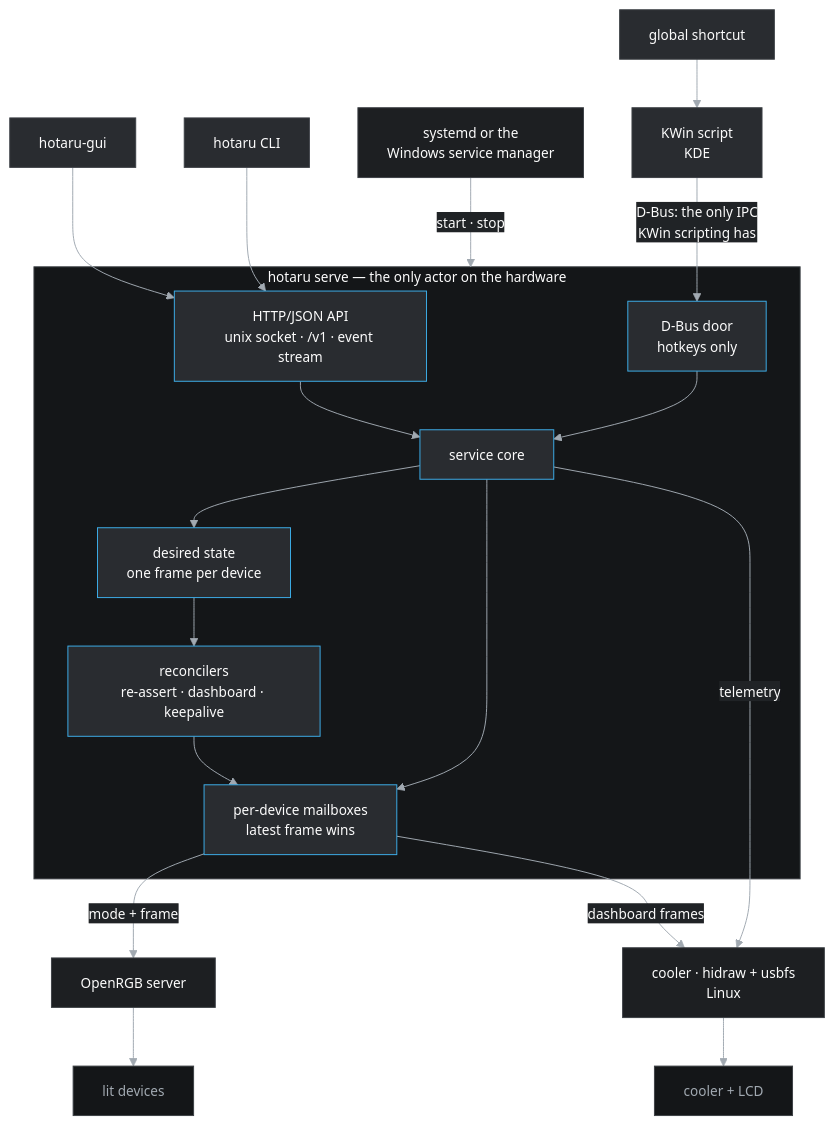
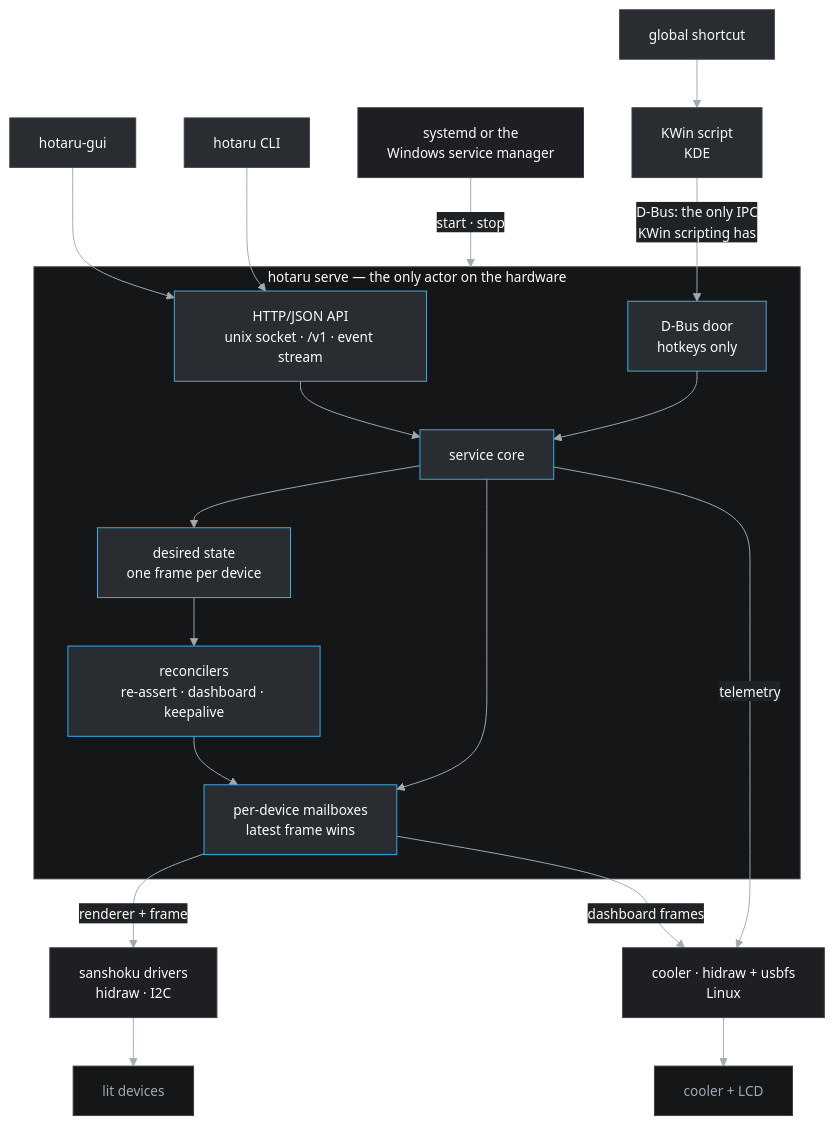
Before and after one commit to ushineko/hotaru: the diagram in README.md, drawn with Mermaid. The commit also changed other lines of this file and 118 other files, not shown here.

````diff
--- a/README.md
+++ b/README.md
@@ -128,43 +127,43 @@
 ```mermaid
 %%{init: {"theme":"base","themeVariables":{
   "background":"#202326",
   "primaryColor":"#292c30","primaryTextColor":"#fcfcfc","primaryBorderColor":"#3c4045",
   "secondaryColor":"#1d1f22","tertiaryColor":"#141618",
   "lineColor":"#a1a9b1","textColor":"#fcfcfc","titleColor":"#fcfcfc",
   "clusterBkg":"#141618","clusterBorder":"#3c4045",
   "edgeLabelBackground":"#202326","nodeTextColor":"#fcfcfc",
   "fontFamily":"Noto Sans, Segoe UI, sans-serif","fontSize":"14px"
 }}}%%
 flowchart TB
     KEY["global shortcut"] --> KWIN["KWin script<br/>KDE"]
     SM["systemd or the<br/>Windows service manager"] -->|"start · stop"| svc
     GUI["hotaru-gui"] --> API
     CLI["hotaru CLI"] --> API
     KWIN -->|"D-Bus: the only IPC<br/>KWin scripting has"| DOOR
 
     subgraph svc["hotaru serve — the only actor on the hardware"]
         API["HTTP/JSON API<br/>unix socket · /v1 · event stream"]
         DOOR["D-Bus door<br/>hotkeys only"]
         CORE["service core"]
         STATE["desired state<br/>one frame per device"]
         RECON["reconcilers<br/>re-assert · dashboard · keepalive"]
         MBOX["per-device mailboxes<br/>latest frame wins"]
     end
 
     API --> CORE
     DOOR --> CORE
     CORE --> STATE --> RECON --> MBOX
     CORE --> MBOX
-    MBOX -->|"mode + frame"| ORGB["OpenRGB server"]
+    MBOX -->|"renderer + frame"| CANV["sanshoku drivers<br/>hidraw · I2C"]
     MBOX -->|"dashboard frames"| HID["cooler · hidraw + usbfs<br/>Linux"]
     CORE -->|"telemetry"| HID
-    ORGB --> LIT["lit devices"]
+    CANV --> LIT["lit devices"]
     HID --> COOL["cooler + LCD"]
 
     classDef s fill:#292c30,stroke:#3daee9,color:#fcfcfc
     classDef b fill:#1d1f22,stroke:#3c4045,color:#fcfcfc
     classDef h fill:#141618,stroke:#3c4045,color:#a1a9b1
     class API,DOOR,CORE,STATE,RECON,MBOX s
-    class ORGB,HID,SM b
+    class CANV,HID,SM b
     class LIT,COOL h
 ```
````
